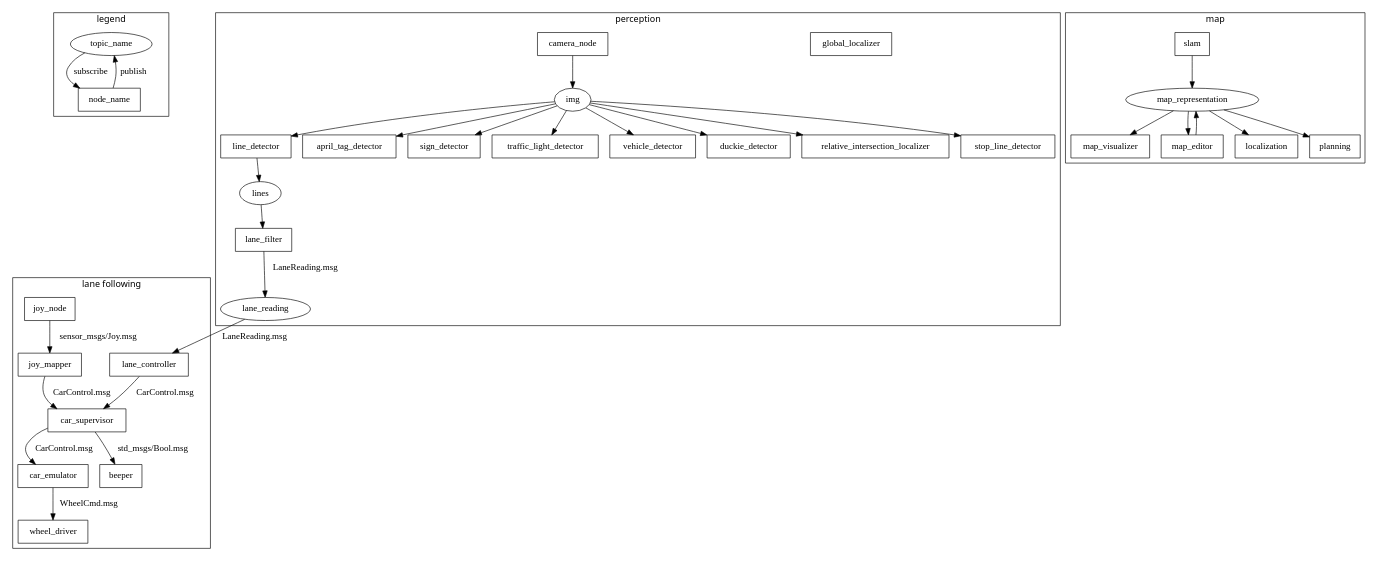
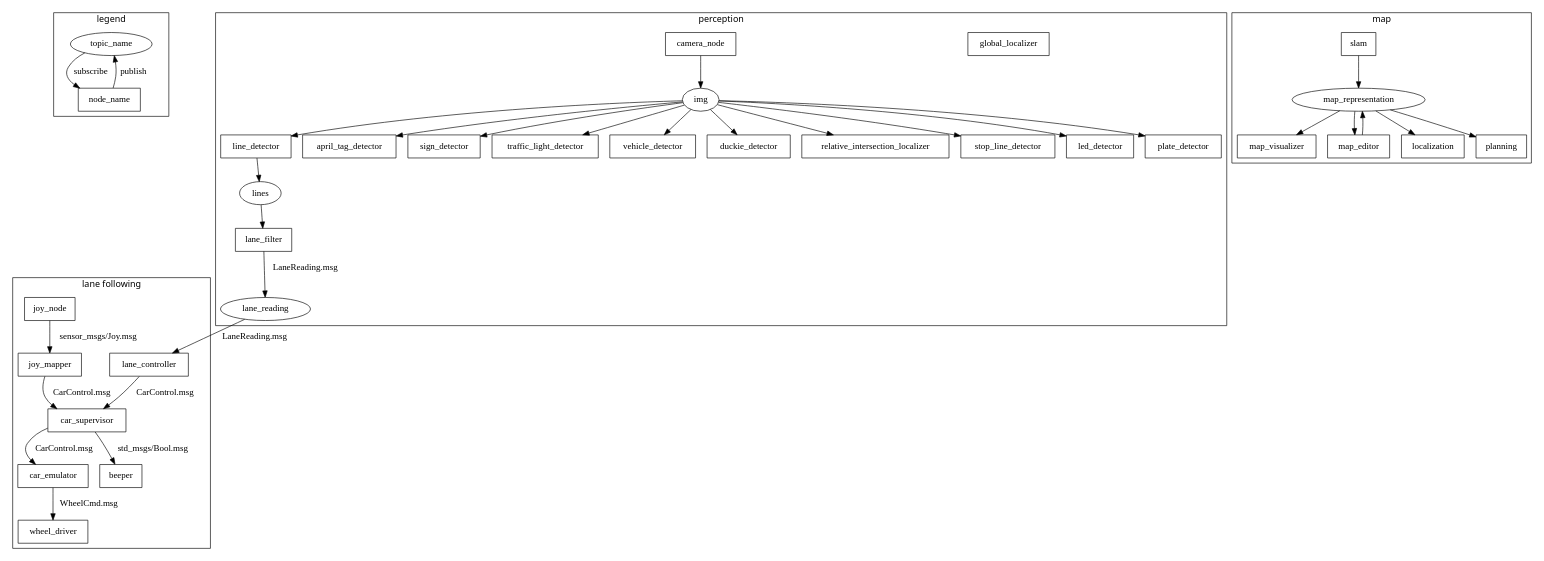
The diagram in ros_diagram/duckietown.dot (kungfrank/Knight_car), drawn with Graphviz before and after one commit.

Commit message:
Add a couple lower level perception nodes in the diagram.

```diff
--- a/ros_diagram/duckietown.dot
+++ b/ros_diagram/duckietown.dot
@@ -1,95 +1,99 @@
 digraph D {
 	fontname="sans";
 	subgraph cluster_legend{
 		label="legend"
 		// ROS Topics
 		topic_name;
 		// ROS Nodes
 		node [shape=box]
 		node_name;
 
 		// Connection
 		node_name -> topic_name [label="publish"];
 		topic_name -> node_name [label="subscribe"];
 	}
 
 	subgraph cluster_perception{
 		label="perception"
 		// TOPIC
 		img;
 		lines;
 		lane_reading; //LaneReading: y, phi, sigma_y, sigma_phi, status
 		// ROS Nodes
 		node [shape=box];
 		lane_filter; //tells you y and phi
 		line_detector;
 		april_tag_detector;
 		sign_detector;
 		traffic_light_detector;
 		vehicle_detector;
 		duckie_detector;
 		relative_intersection_localizer;
 		global_localizer;
 		stop_line_detector;
 		camera_node;
+		led_detector;
+		plate_detector;
+
 		// Connections
 		camera_node->img;
 		
 		img->line_detector;
+		img->april_tag_detector;
+		img->led_detector;
 		img->stop_line_detector;
 		img->relative_intersection_localizer;
 		img->duckie_detector;
 		img->vehicle_detector;
 		img->traffic_light_detector;
 		img->sign_detector;
-		img->april_tag_detector;
-
+		img->plate_detector;
 
 		line_detector->lines;
 		lines->lane_filter;
 		lane_filter->lane_reading [label="LaneReading.msg"];
 	}
 
 	subgraph cluster_map{
 		label="map";
 		// TOPICS
 		map_representation;
 		// ROS Nodes
 		node [shape=box];
 		map_visualizer;
 		map_editor;
 		localization;
 		planning;
 		slam;
 
 		slam -> map_representation;
 		map_representation -> map_visualizer;
 		map_editor -> map_representation;
 		map_representation -> map_editor;
 		map_representation -> planning;
 		map_representation -> localization;
 	}
 
 	subgraph cluster_lane_following{
 		label="lane following";
 		// TOPICS
 
 		// ROS Nodes
 		node [shape=box];
 		lane_controller;
 		car_emulator;
 		car_supervisor;
 		joy_node;
 		joy_mapper;
 		wheel_driver;
 		beeper;
 		// CONNECTIONS
 		joy_node->joy_mapper [label="sensor_msgs/Joy.msg"];
 		joy_mapper-> car_supervisor [label="CarControl.msg"];
 		lane_reading->lane_controller [label="LaneReading.msg"];
 		lane_controller-> car_supervisor [label="CarControl.msg"];
 		car_supervisor -> beeper [label="std_msgs/Bool.msg"];
 		car_supervisor->car_emulator [label="CarControl.msg"];
 		car_emulator->wheel_driver [label="WheelCmd.msg"];
 	}
 }
```
